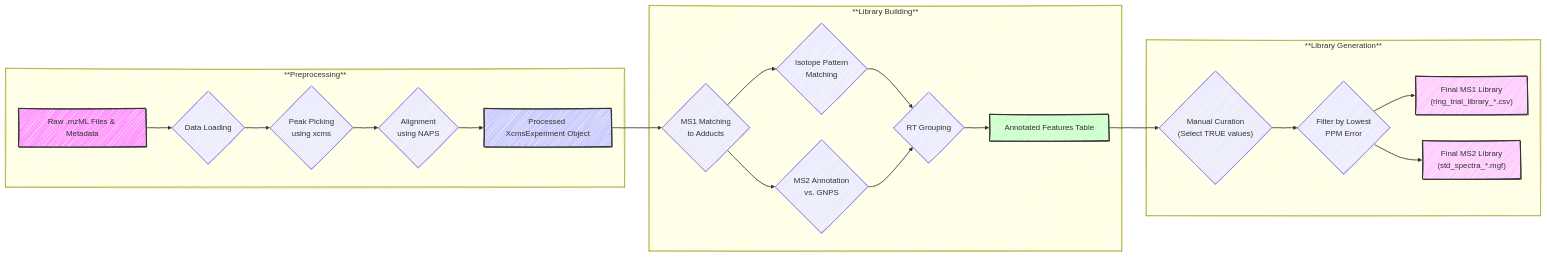
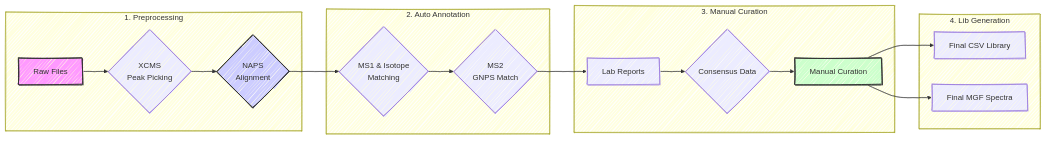
The first of 2 diagrams in README.md (philouail/HUMAN_Ring_Trial), drawn with Mermaid before and after one commit. The commit also changed other lines of this file, not shown here.

````diff
--- a/README.md
+++ b/README.md
@@ -18,32 +21,28 @@
 ```mermaid
 ---
 config:
   look: handDrawn
 ---
 graph LR
-    subgraph **Preprocessing**
-        A[Raw .mzML Files & Metadata] --> B{Data Loading};
-        B --> C{Peak Picking <br> using xcms};
-        C --> D{Alignment <br> using NAPS};
-        D --> E[Processed XcmsExperiment Object];
+    subgraph "1. Preprocessing"
+        A[Raw Files] --> B{XCMS <br> Peak Picking};
+        B --> C{NAPS <br> Alignment};
     end
-    subgraph **Library Building**
-        E --> F{MS1 Matching <br> to Adducts};
-        F --> G{Isotope Pattern <br> Matching};
-        F --> H{MS2 Annotation <br> vs. GNPS};
-        G --> I{RT Grouping};
-        H --> I;
-        I --> J[Annotated Features Table];
+    subgraph "2. Auto Annotation"
+        C --> D{MS1 & Isotope <br> Matching};
+        D --> E{MS2 <br> GNPS Match};
     end
-    subgraph **Library Generation**
-        J --> K{"Manual Curation <br> (Select TRUE values)"};
-        K --> L{Filter by Lowest <br> PPM Error};
-        L --> M["Final MS1 Library <br> (ring_trial_library_*.csv)"];
-        L --> N["Final MS2 Library <br> (std_spectra_*.mgf)"];
+    subgraph "3. Manual Curation"
+        E --> F[Lab Reports];
+        F --> G{Consensus Data};
+        G --> H[Manual Curation];
     end
+    subgraph "4. Lib Generation"
+        H --> I[Final CSV Library];
+        H --> J[Final MGF Spectra];
+    end
+    
     style A fill:#f9f,stroke:#333,stroke-width:2px
-    style E fill:#ccf,stroke:#333,stroke-width:2px
-    style J fill:#cfc,stroke:#333,stroke-width:2px
-    style M fill:#fcf,stroke:#333,stroke-width:2px
-    style N fill:#fcf,stroke:#333,stroke-width:2px
+    style C fill:#ccf,stroke:#333,stroke-width:2px
+    style H fill:#cfc,stroke:#333,stroke-width:2px
 ```
````
